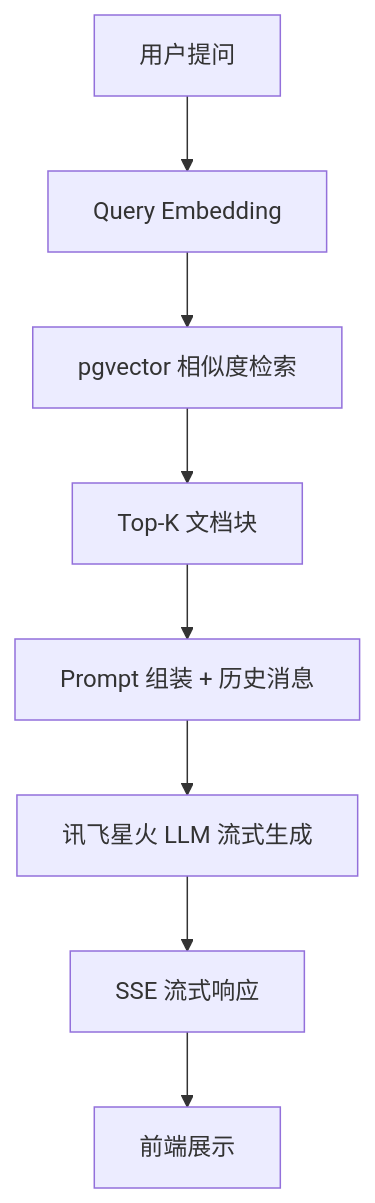
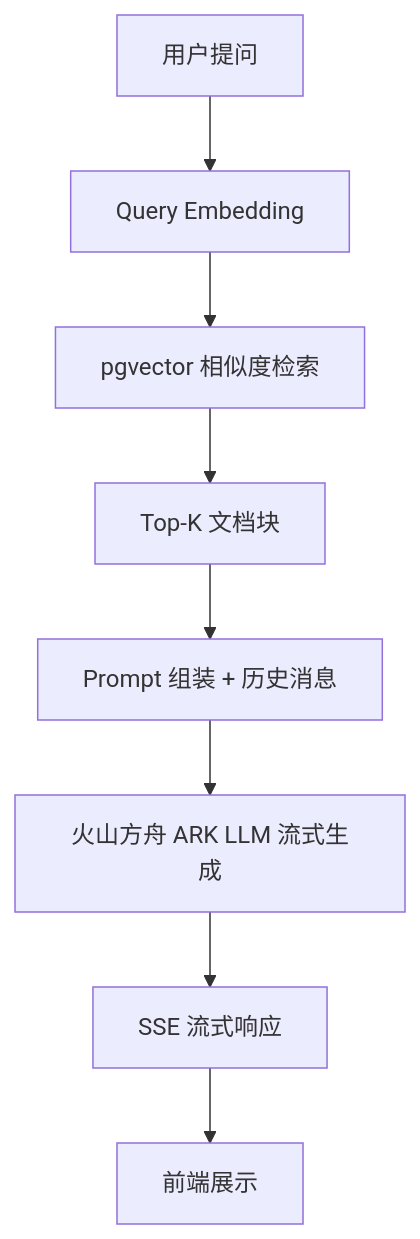
The third of 4 diagrams in PROJECT_PLAN.md (lwliang-666/BYD-RAG-ChatBot), drawn with Mermaid before and after one commit. The commit also changed other lines of this file and 2 other files, not shown here.

First line of the commit message:
chore: LLM 切换为火山方舟 ARK(ark-code-latest)

````diff
--- a/PROJECT_PLAN.md
+++ b/PROJECT_PLAN.md
@@ -266,10 +266,10 @@
 ```mermaid
 flowchart TD
     Q[用户提问] --> R[Query Embedding]
     R --> S[pgvector 相似度检索]
     S --> T[Top-K 文档块]
     T --> U[Prompt 组装 + 历史消息]
-    U --> V[讯飞星火 LLM 流式生成]
+    U --> V[火山方舟 ARK LLM 流式生成]
     V --> W[SSE 流式响应]
     W --> X[前端展示]
 ```
````
